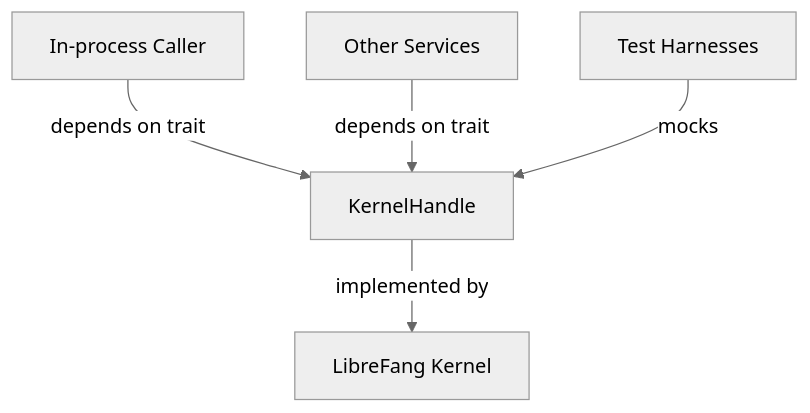
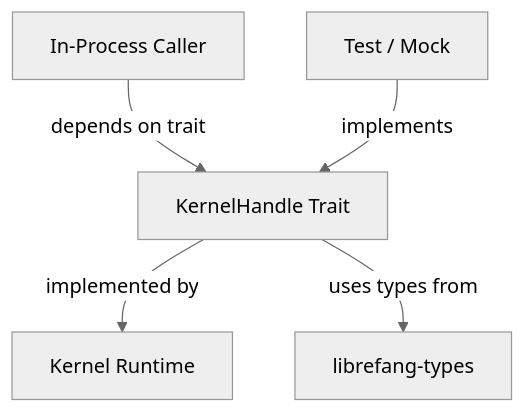
One commit to leszek3737/librefang-WIki changed the diagram in other-librefang-kernel-handle.md. Above: the diagram before and after it, drawn with Mermaid (neutral theme). The commit also changed other lines of this file and 122 other files, not shown here.

````diff
--- a/other-librefang-kernel-handle.md
+++ b/other-librefang-kernel-handle.md
@@ -13,7 +17,7 @@
 ```mermaid
 graph TD
-    A[In-process Caller] -->|depends on trait| B[KernelHandle]
-    B -->|implemented by| C[LibreFang Kernel]
-    D[Other Services] -->|depends on trait| B
-    E[Test Harnesses] -->|mocks| B
+    A[In-Process Caller] -->|depends on trait| B[KernelHandle Trait]
+    B -->|implemented by| C[Kernel Runtime]
+    D[Test / Mock] -->|implements| B
+    B -->|uses types from| E[librefang-types]
 ```
````
